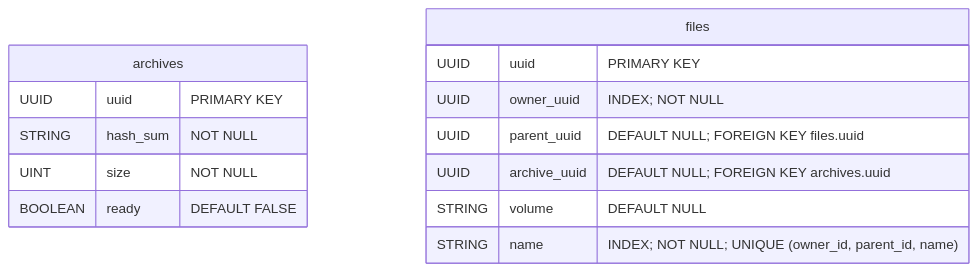
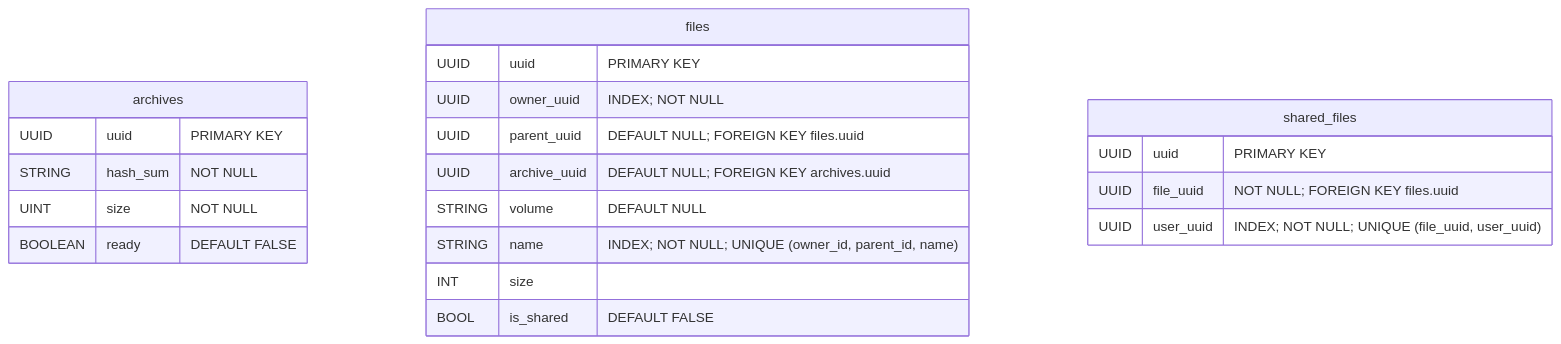
Before and after one commit to hawks-atlanta/docs: the third of 4 diagrams in Database.md, drawn with Mermaid. The commit also changed other lines of this file, not shown here.

Commit message:
docs: updated database schemas with new ER-Diagrams

````diff
--- a/Database.md
+++ b/Database.md
@@ -74,18 +74,26 @@
 ```mermaid
 erDiagram
 	archives {
 		UUID    uuid        "PRIMARY KEY"
 		STRING  hash_sum    "NOT NULL"
 		UINT    size        "NOT NULL"
 		BOOLEAN ready       "DEFAULT FALSE"
 	}
 
 	files {
 		UUID    uuid            "PRIMARY KEY"
 		UUID    owner_uuid      "INDEX; NOT NULL"
 		UUID    parent_uuid     "DEFAULT NULL; FOREIGN KEY files.uuid"
 		UUID    archive_uuid    "DEFAULT NULL; FOREIGN KEY archives.uuid"
 		STRING  volume          "DEFAULT NULL"
 		STRING  name            "INDEX; NOT NULL; UNIQUE (owner_id, parent_id, name)"
+		INT     size            ""
+		BOOL    is_shared       "DEFAULT FALSE"
+	}
+	
+	shared_files {
+		UUID uuid      "PRIMARY KEY"
+		UUID file_uuid "NOT NULL; FOREIGN KEY files.uuid"
+		UUID user_uuid "INDEX; NOT NULL; UNIQUE (file_uuid, user_uuid)"
 	}
 ```
````
